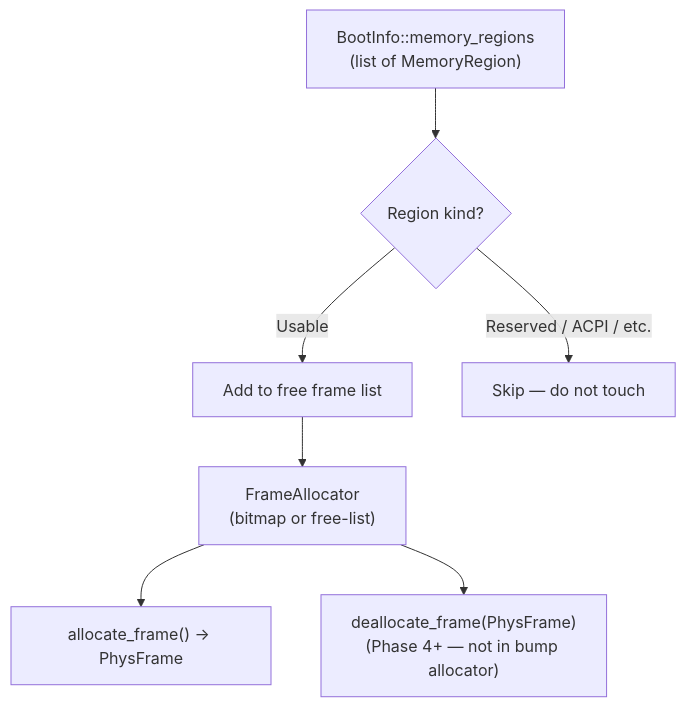
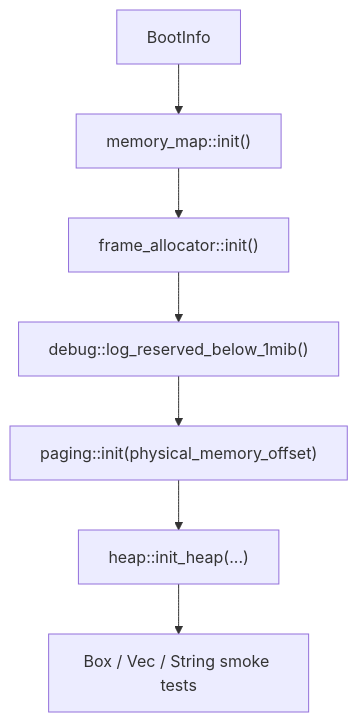
One commit to mikecubed/m3OS changed the diagram in docs/02-memory.md. Above: the diagram before and after it, drawn with Mermaid. The commit also changed other lines of this file and 1 other file, not shown here.

Commit message:
Align phase 2 memory docs with implementation (#66)

````diff
--- a/docs/02-memory.md
+++ b/docs/02-memory.md
@@ -23,9 +38,9 @@
 ```mermaid
-graph TD
-    A["BootInfo::memory_regions\n(list of MemoryRegion)"] --> B{Region kind?}
-    B -->|Usable| C["Add to free frame list"]
-    B -->|Reserved / ACPI / etc.| D["Skip — do not touch"]
-    C --> E["FrameAllocator\n(bitmap or free-list)"]
-    E --> F["allocate_frame() → PhysFrame"]
-    E --> G["deallocate_frame(PhysFrame)<br/>(Phase 4+ — not in bump allocator)"]
+flowchart TD
+    A["BootInfo"] --> B["memory_map::init()"]
+    B --> C["frame_allocator::init()"]
+    C --> D["debug::log_reserved_below_1mib()"]
+    D --> E["paging::init(physical_memory_offset)"]
+    E --> F["heap::init_heap(...)"]
+    F --> G["Box / Vec / String smoke tests"]
 ```
````
